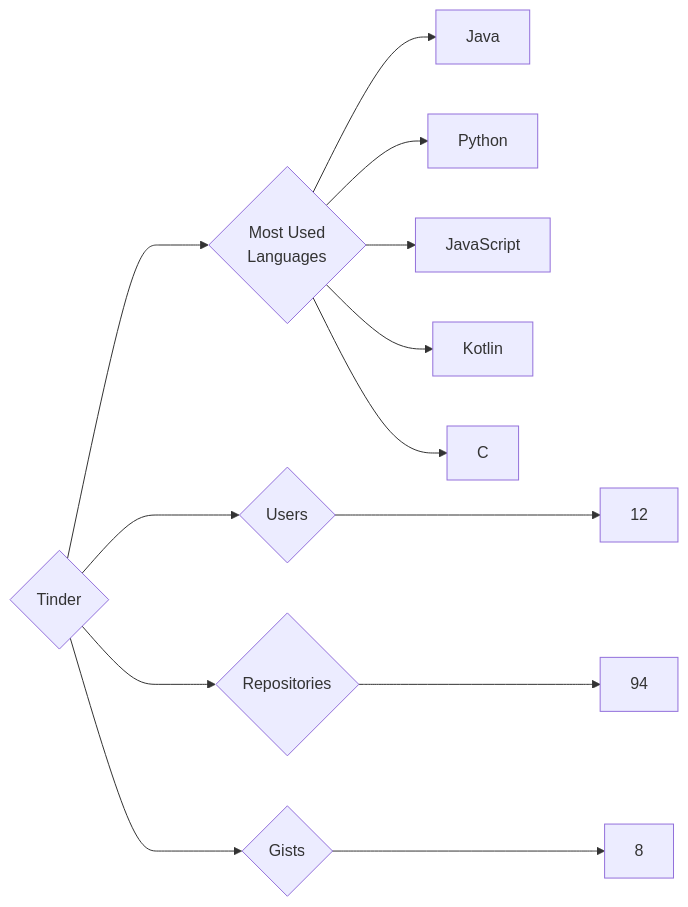
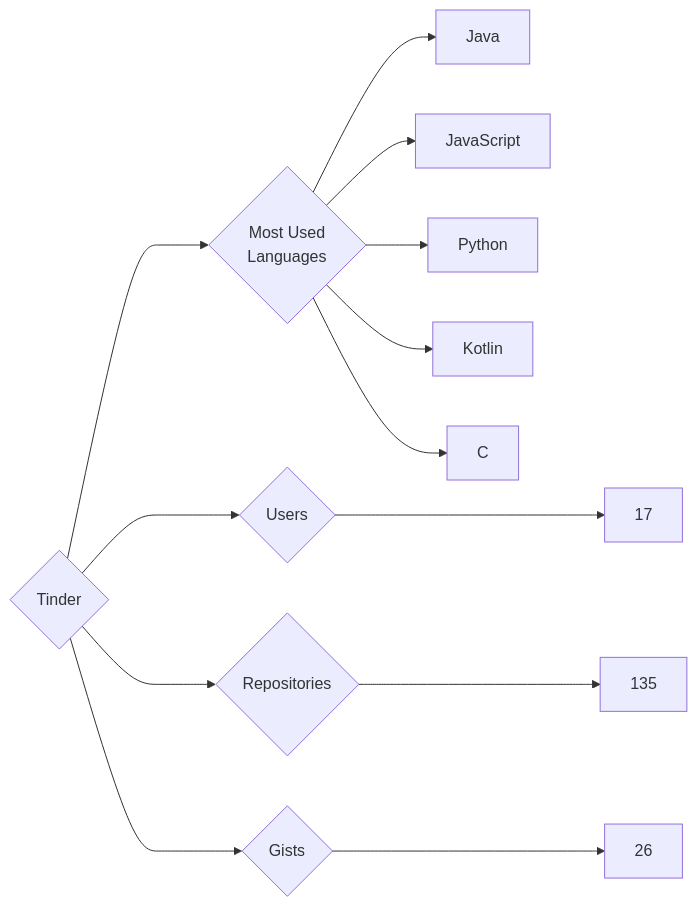
Before and after one commit to trickest/insiders: the diagram in targets/Tinder/README.md, drawn with Mermaid. The commit also changed 912 other files, not shown here.

````diff
--- a/targets/Tinder/README.md
+++ b/targets/Tinder/README.md
@@ -3,13 +3,13 @@
 ```mermaid
 graph LR
 COMPANY_NAME{Tinder}
-COMPANY_NAME ---> U{Users} ---> UN[12]
-COMPANY_NAME ---> R{Repositories} ---> RN[94]
-COMPANY_NAME ---> G{Gists} ---> GN[8]
+COMPANY_NAME ---> U{Users} ---> UN[17]
+COMPANY_NAME ---> R{Repositories} ---> RN[135]
+COMPANY_NAME ---> G{Gists} ---> GN[26]
 COMPANY_NAME ---> ML{Most Used<br>Languages}
 ML --> Java[Java]
+ML --> JavaScript[JavaScript]
 ML --> Python[Python]
-ML --> JavaScript[JavaScript]
 ML --> Kotlin[Kotlin]
 ML --> C[C]
 ```
````
